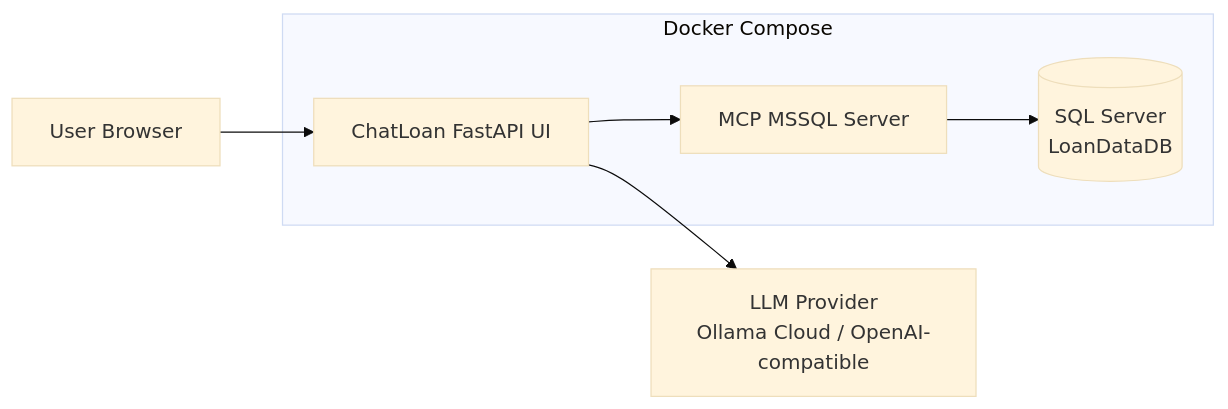
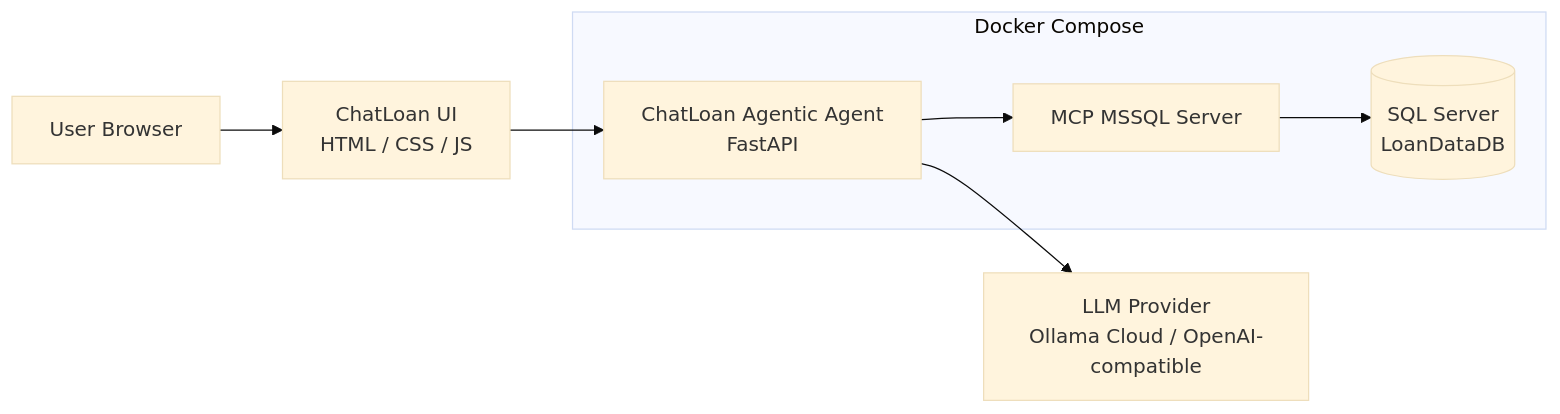
The diagram in README.md (lazymarcus005-maker/agentic-mcp-loan-example), drawn with Mermaid (base theme) before and after one commit.

Commit message:
fix: update architecture diagram for clarity and accuracy

````diff
--- a/README.md
+++ b/README.md
@@ -20,13 +20,14 @@
 ```mermaid
 flowchart LR
-    User[User Browser] --> Web[ChatLoan FastAPI UI]
-    Web --> LLM[LLM Provider<br/>Ollama Cloud / OpenAI-compatible]
-    Web --> MCP[MCP MSSQL Server]
+    User[User Browser] --> UI[ChatLoan UI<br/>HTML / CSS / JS]
+    UI --> Agent[ChatLoan Agentic Agent<br/>FastAPI]
+    Agent --> LLM[LLM Provider<br/>Ollama Cloud / OpenAI-compatible]
+    Agent --> MCP[MCP MSSQL Server]
     MCP --> SQL[(SQL Server<br/>LoanDataDB)]
 
     subgraph Docker Compose
-        Web
+        Agent
         MCP
         SQL
     end
 ```
````
